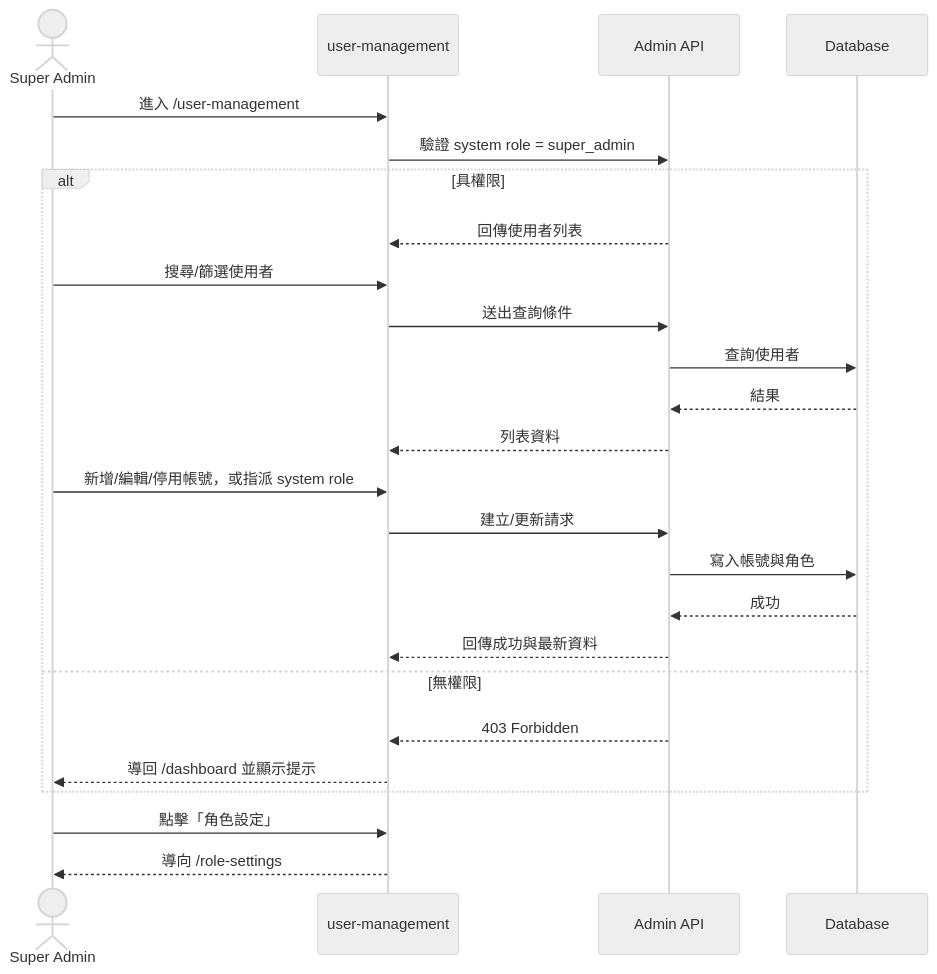
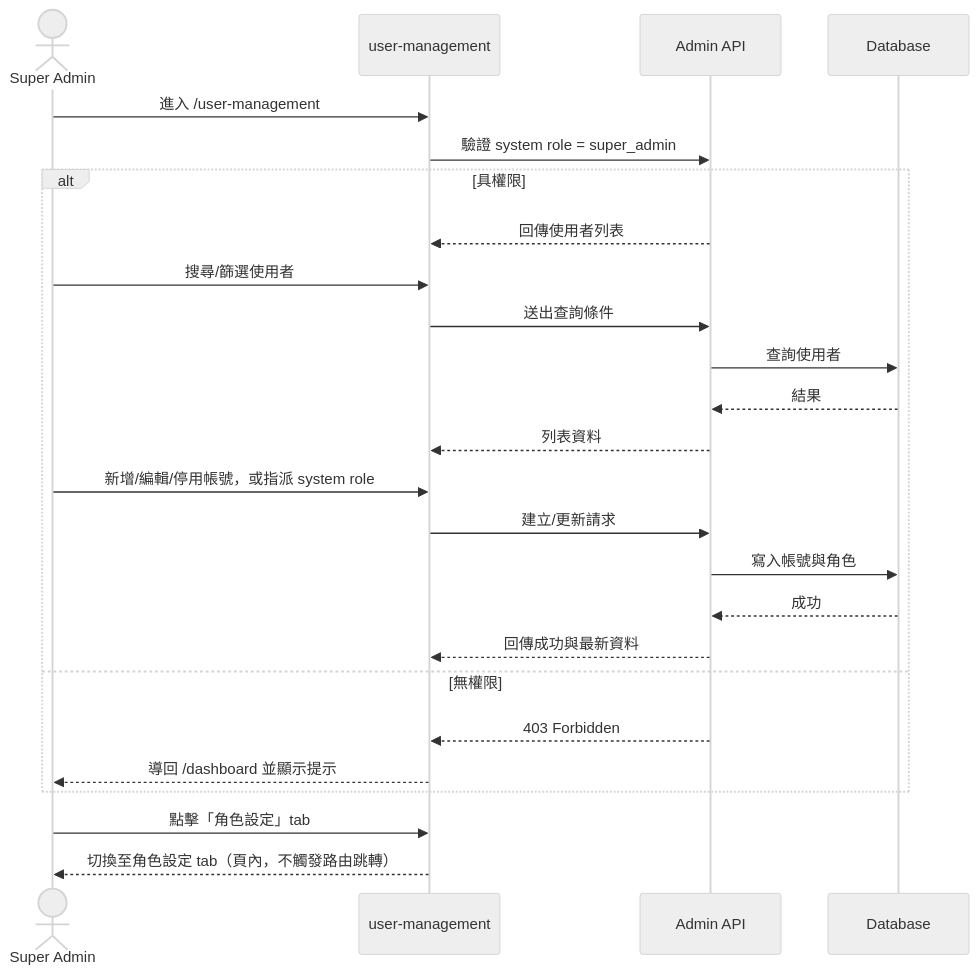
One commit to singyichen/label-suite changed the first of 2 diagrams in specs/admin/006-user-management/spec.md. Above: the diagram before and after it, drawn with Mermaid (neutral theme). The commit also changed other lines of this file and 2 other files, not shown here.

First line of the commit message:
docs(admin): refactor user-management and role-settings to tab-based navigation

````diff
--- a/specs/admin/006-user-management/spec.md
+++ b/specs/admin/006-user-management/spec.md
@@ -20,29 +20,29 @@
 ```mermaid
 sequenceDiagram
     actor SA as Super Admin
     participant UI as user-management
     participant API as Admin API
     participant DB as Database
 
     SA->>UI: 進入 /user-management
     UI->>API: 驗證 system role = super_admin
     alt 具權限
         API-->>UI: 回傳使用者列表
         SA->>UI: 搜尋/篩選使用者
         UI->>API: 送出查詢條件
         API->>DB: 查詢使用者
         DB-->>API: 結果
         API-->>UI: 列表資料
         SA->>UI: 新增/編輯/停用帳號，或指派 system role
         UI->>API: 建立/更新請求
         API->>DB: 寫入帳號與角色
         DB-->>API: 成功
         API-->>UI: 回傳成功與最新資料
     else 無權限
         API-->>UI: 403 Forbidden
         UI-->>SA: 導回 /dashboard 並顯示提示
     end
 
-    SA->>UI: 點擊「角色設定」
-    UI-->>SA: 導向 /role-settings
+    SA->>UI: 點擊「角色設定」tab
+    UI-->>SA: 切換至角色設定 tab（頁內，不觸發路由跳轉）
 ```
````
